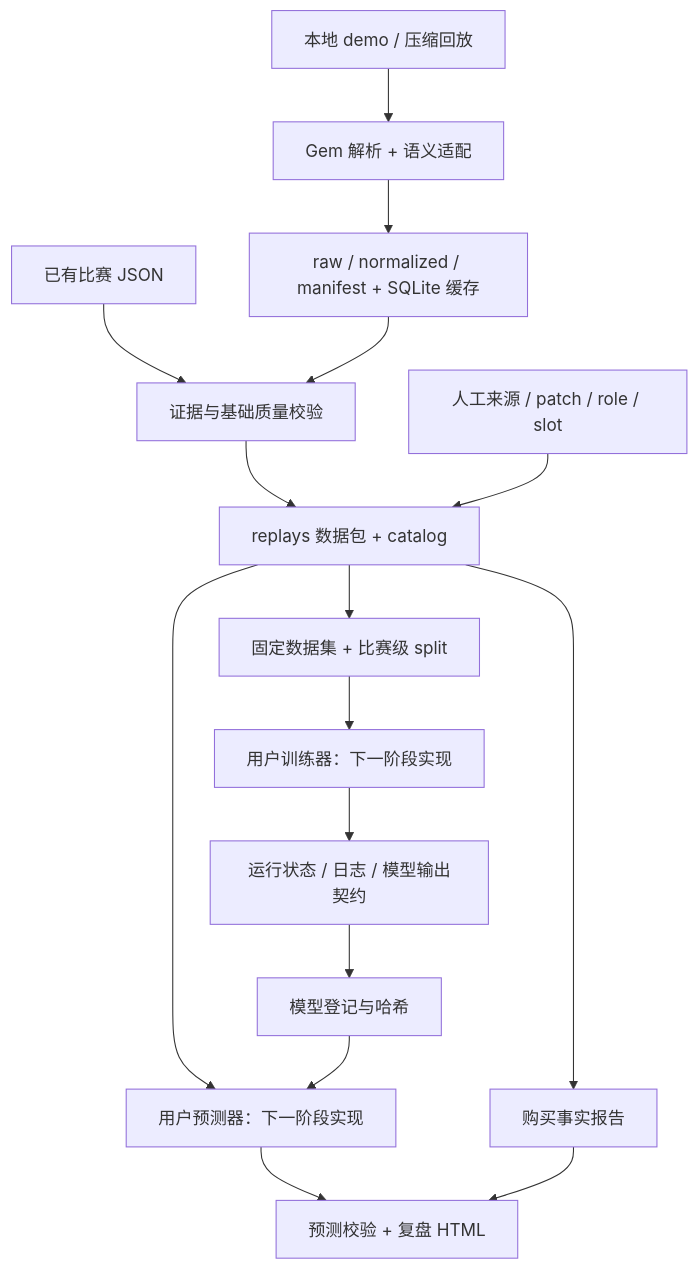
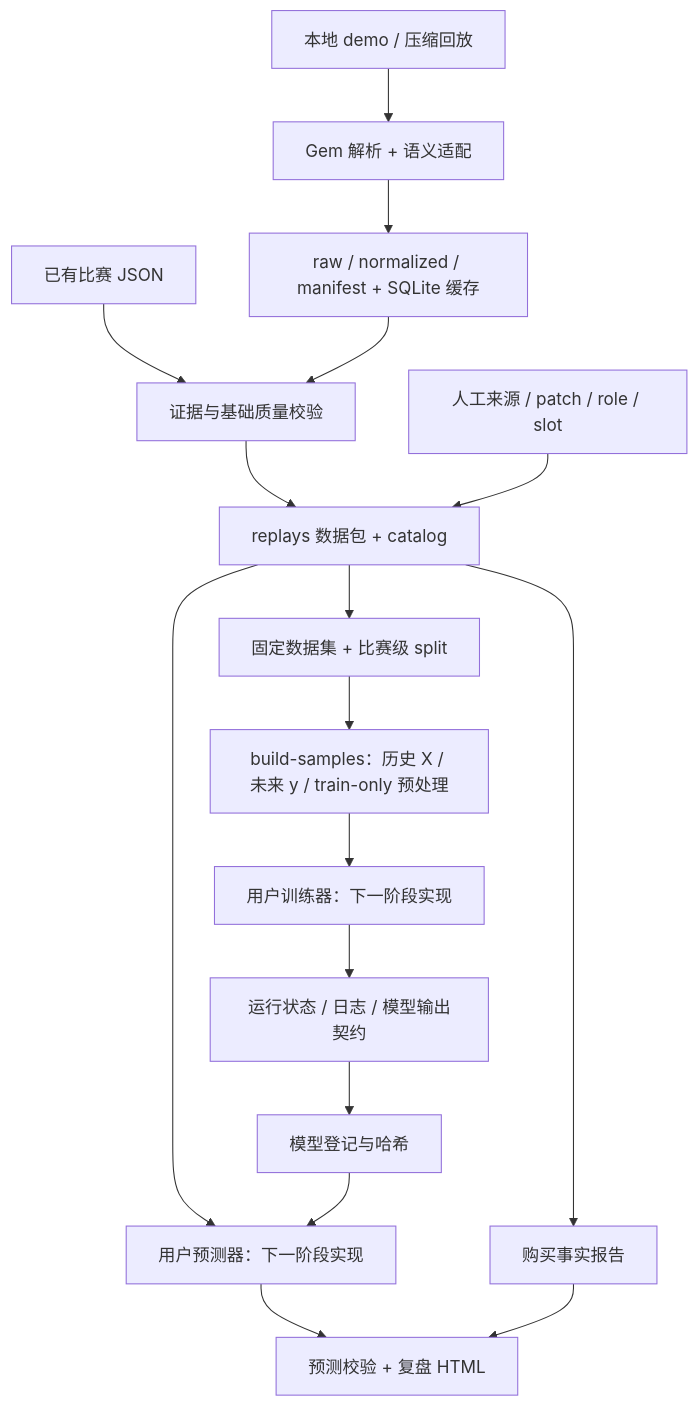
The diagram in docs/engineering-design.md (xrfc/dota2-item-timing), drawn with Mermaid before and after one commit. The commit also changed other lines of this file and 14 other files, not shown here.

````diff
--- a/docs/engineering-design.md
+++ b/docs/engineering-design.md
@@ -11,18 +11,19 @@
 ```mermaid
 flowchart TD
     DEM["本地 demo / 压缩回放"] --> GEM["Gem 解析 + 语义适配"]
     GEM --> CACHE["raw / normalized / manifest + SQLite 缓存"]
     JSON["已有比赛 JSON"] --> CHECK["证据与基础质量校验"]
     CACHE --> CHECK
     CHECK --> BUNDLE["replays 数据包 + catalog"]
     LABEL["人工来源 / patch / role / slot"] --> BUNDLE
     BUNDLE --> DATASET["固定数据集 + 比赛级 split"]
-    DATASET --> TRAIN["用户训练器：下一阶段实现"]
+    DATASET --> SAMPLES["build-samples：历史 X / 未来 y / train-only 预处理"]
+    SAMPLES --> TRAIN["用户训练器：下一阶段实现"]
     TRAIN --> RUN["运行状态 / 日志 / 模型输出契约"]
     RUN --> REGISTRY["模型登记与哈希"]
     BUNDLE --> FACTS["购买事实报告"]
     BUNDLE --> PREDICT["用户预测器：下一阶段实现"]
     REGISTRY --> PREDICT
     PREDICT --> REVIEW["预测校验 + 复盘 HTML"]
     FACTS --> REVIEW
 ```
````
